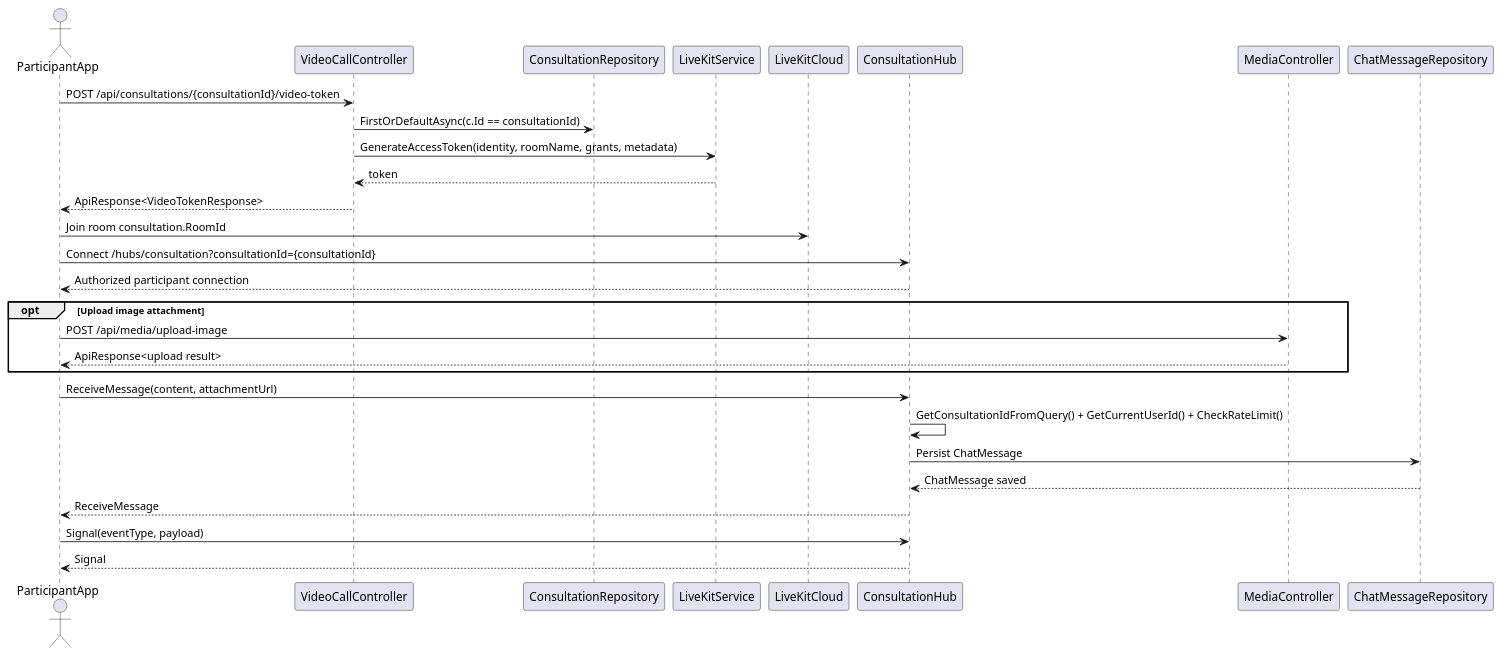
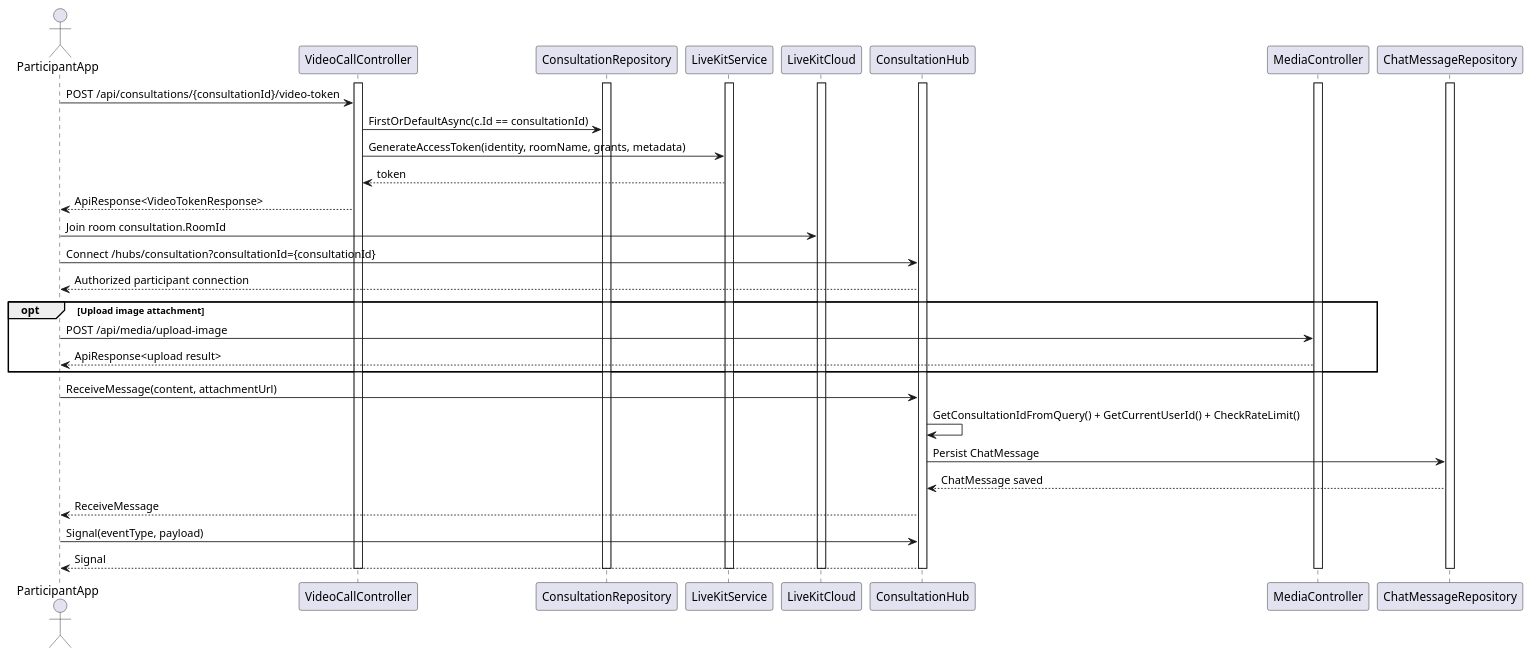
One commit to Snake-AID/SnakeAid.Docs changed diagram 12 of 16 in Docs/11-SoftwareDocument/Report 5/SnakeAid Report4_Software Design Document.docx.md. Above: the diagram before and after it, drawn with PlantUML. The commit also changed other lines of this file, not shown here.

Commit message:
docs(sequence-diagrams): enhance activation and deactivation sequences for consultation services

````diff
--- a/Docs/11-SoftwareDocument/Report 5/SnakeAid Report4_Software Design Document.docx.md
+++ b/Docs/11-SoftwareDocument/Report 5/SnakeAid Report4_Software Design Document.docx.md
@@ -1222,36 +1315,50 @@
 ```plantuml
 @startuml
 actor ParticipantApp
 participant VideoCallController
 participant ConsultationRepository
 participant LiveKitService
 participant LiveKitCloud
 participant ConsultationHub
 participant MediaController
 participant ChatMessageRepository
+activate VideoCallController
+activate ConsultationRepository
+activate LiveKitService
+activate LiveKitCloud
+activate ConsultationHub
+activate MediaController
+activate ChatMessageRepository
 
 ParticipantApp -> VideoCallController: POST /api/consultations/{consultationId}/video-token
 VideoCallController -> ConsultationRepository: FirstOrDefaultAsync(c.Id == consultationId)
 VideoCallController -> LiveKitService: GenerateAccessToken(identity, roomName, grants, metadata)
 LiveKitService --> VideoCallController: token
 VideoCallController --> ParticipantApp: ApiResponse<VideoTokenResponse>
 ParticipantApp -> LiveKitCloud: Join room consultation.RoomId
 
 ParticipantApp -> ConsultationHub: Connect /hubs/consultation?consultationId={consultationId}
 ConsultationHub --> ParticipantApp: Authorized participant connection
 
 opt Upload image attachment
   ParticipantApp -> MediaController: POST /api/media/upload-image
   MediaController --> ParticipantApp: ApiResponse<upload result>
 end
 
 ParticipantApp -> ConsultationHub: ReceiveMessage(content, attachmentUrl)
 ConsultationHub -> ConsultationHub: GetConsultationIdFromQuery() + GetCurrentUserId() + CheckRateLimit()
 ConsultationHub -> ChatMessageRepository: Persist ChatMessage
 ChatMessageRepository --> ConsultationHub: ChatMessage saved
 ConsultationHub --> ParticipantApp: ReceiveMessage
 
 ParticipantApp -> ConsultationHub: Signal(eventType, payload)
 ConsultationHub --> ParticipantApp: Signal
+deactivate ChatMessageRepository
+deactivate MediaController
+deactivate ConsultationHub
+deactivate LiveKitCloud
+deactivate LiveKitService
+deactivate ConsultationRepository
+deactivate VideoCallController
 @enduml
 ```
````
